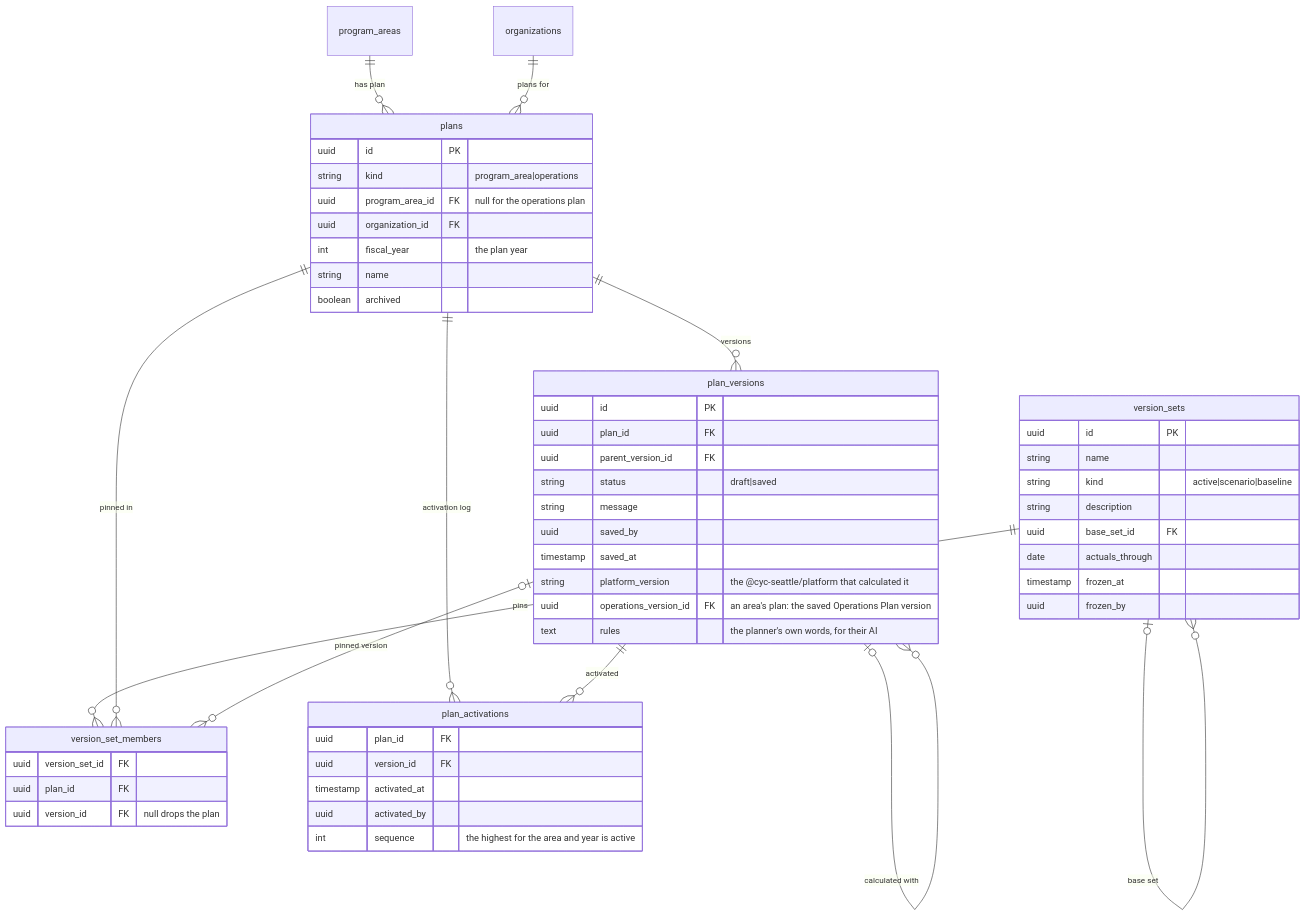
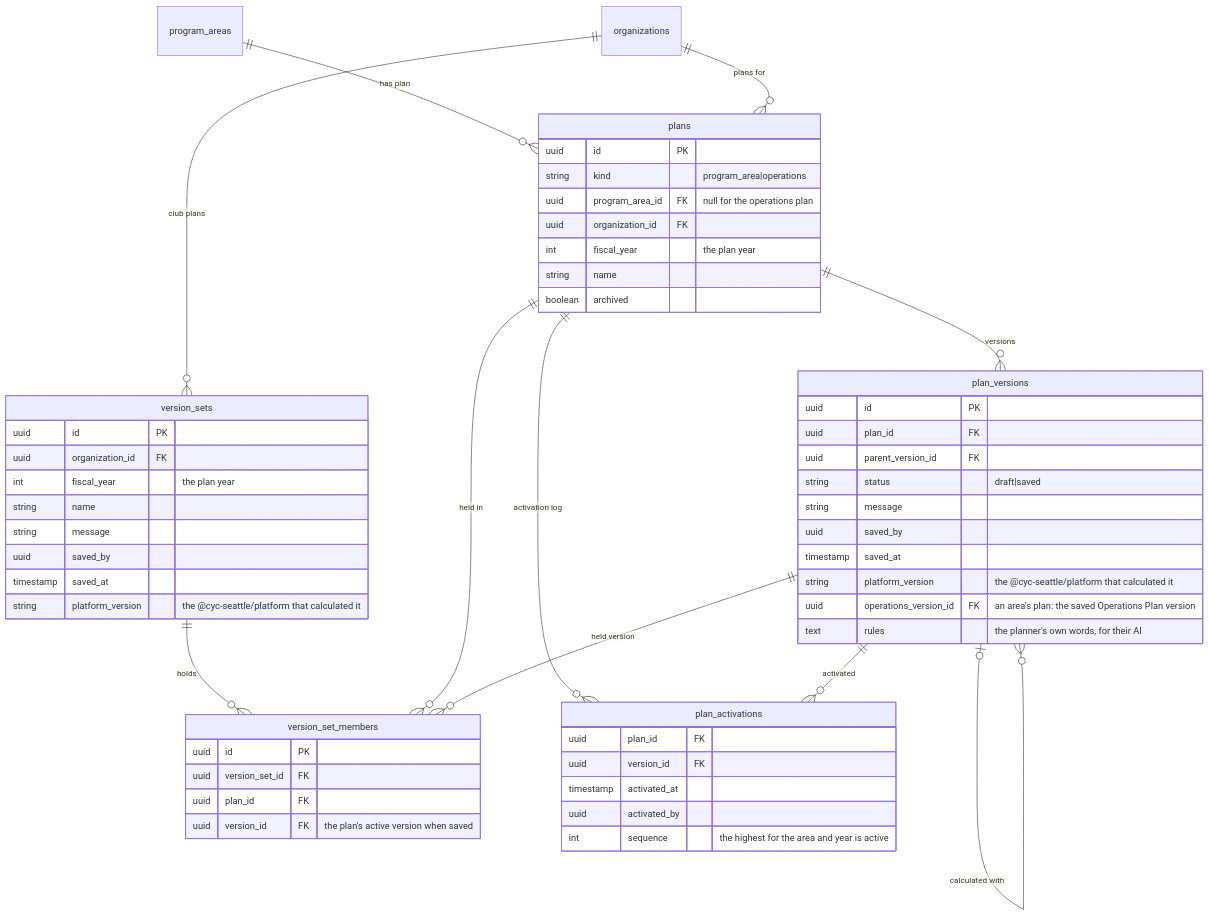
Before and after one commit to cyc-seattle/platform: the second of 6 diagrams in docs/planning-schema.md, drawn with Mermaid. The commit also changed other lines of this file and 28 other files, not shown here.

Commit message:
feat: club plans, readable result lines, a coach's own hourly rate, and double-booked hours

````diff
--- a/docs/planning-schema.md
+++ b/docs/planning-schema.md
@@ -134,58 +134,59 @@
 ```mermaid
 erDiagram
     program_areas ||--o{ plans : "has plan"
     organizations ||--o{ plans : "plans for"
     plans ||--o{ plan_versions : versions
     plan_versions |o--o{ plan_versions : parent
     plan_versions |o--o{ plan_versions : "calculated with"
-    version_sets |o--o{ version_sets : "base set"
-    version_sets ||--o{ version_set_members : pins
-    plans ||--o{ version_set_members : "pinned in"
-    plan_versions |o--o{ version_set_members : "pinned version"
+    organizations ||--o{ version_sets : "club plans"
+    version_sets ||--o{ version_set_members : holds
+    plans ||--o{ version_set_members : "held in"
+    plan_versions ||--o{ version_set_members : "held version"
     plans ||--o{ plan_activations : "activation log"
     plan_versions ||--o{ plan_activations : activated
 
     plans {
         uuid id PK
         string kind "program_area|operations"
         uuid program_area_id FK "null for the operations plan"
         uuid organization_id FK
         int fiscal_year "the plan year"
         string name
         boolean archived
     }
     plan_versions {
         uuid id PK
         uuid plan_id FK
         uuid parent_version_id FK
         string status "draft|saved"
         string message
         uuid saved_by
         timestamp saved_at
         string platform_version "the @cyc-seattle/platform that calculated it"
         uuid operations_version_id FK "an area's plan: the saved Operations Plan version"
         text rules "the planner's own words, for their AI"
     }
     version_sets {
         uuid id PK
+        uuid organization_id FK
+        int fiscal_year "the plan year"
         string name
-        string kind "active|scenario|baseline"
-        string description
-        uuid base_set_id FK
-        date actuals_through
-        timestamp frozen_at
-        uuid frozen_by
+        string message
+        uuid saved_by
+        timestamp saved_at
+        string platform_version "the @cyc-seattle/platform that calculated it"
     }
     version_set_members {
+        uuid id PK
         uuid version_set_id FK
         uuid plan_id FK
-        uuid version_id FK "null drops the plan"
+        uuid version_id FK "the plan's active version when saved"
     }
     plan_activations {
         uuid plan_id FK
         uuid version_id FK
         timestamp activated_at
         uuid activated_by
         int sequence "the highest for the area and year is active"
     }
 ```
````
